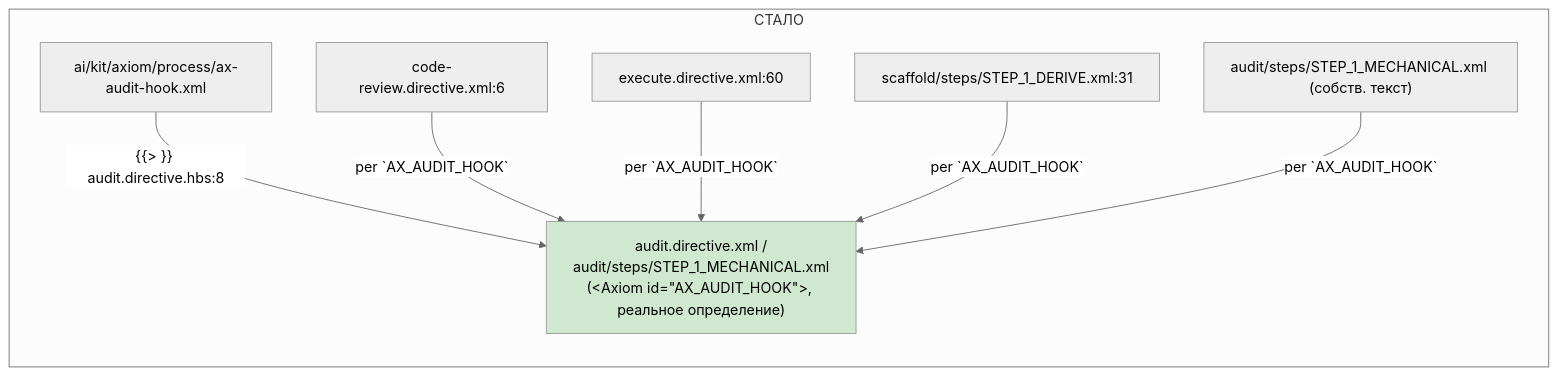
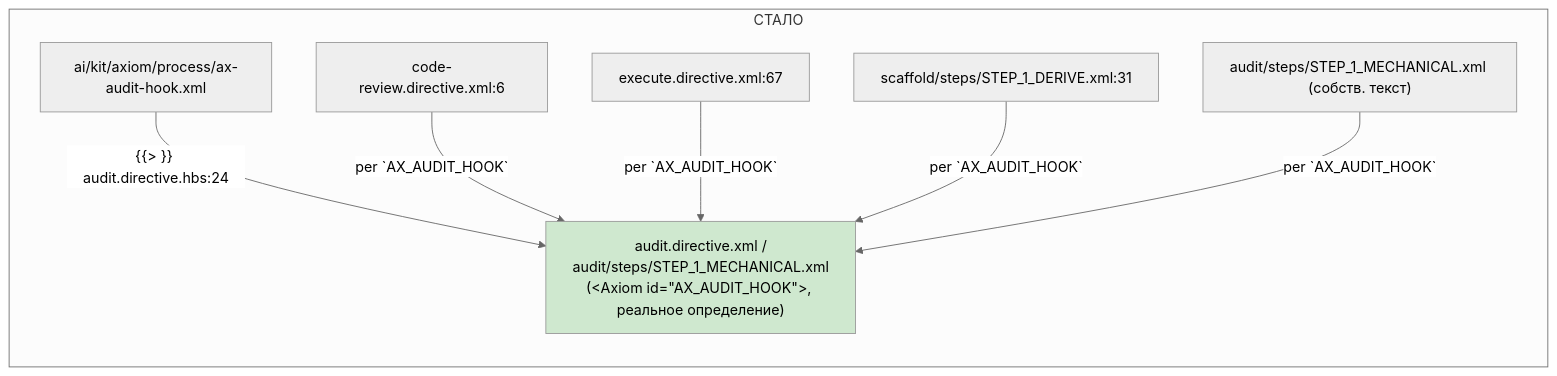
Before and after one commit to RubaXa/gennady: the second of 2 diagrams in ai/drafts/research/sdd-v1-to-v2-transfer/_raw/reports/R-T-B6-25.md, drawn with Mermaid (neutral theme). The commit also changed other lines of this file and 10 other files, not shown here.

````diff
--- a/ai/drafts/research/sdd-v1-to-v2-transfer/_raw/reports/R-T-B6-25.md
+++ b/ai/drafts/research/sdd-v1-to-v2-transfer/_raw/reports/R-T-B6-25.md
@@ -29,11 +29,11 @@
 ```mermaid
 flowchart LR
   subgraph after["СТАЛО"]
-    L1["ai/kit/axiom/process/ax-audit-hook.xml"] -->|"{{> }} audit.directive.hbs:8"| D["audit.directive.xml /<br/>audit/steps/STEP_1_MECHANICAL.xml<br/>(&lt;Axiom id=&quot;AX_AUDIT_HOOK&quot;&gt;, реальное определение)"]
+    L1["ai/kit/axiom/process/ax-audit-hook.xml"] -->|"{{> }} audit.directive.hbs:24"| D["audit.directive.xml /<br/>audit/steps/STEP_1_MECHANICAL.xml<br/>(&lt;Axiom id=&quot;AX_AUDIT_HOOK&quot;&gt;, реальное определение)"]
     C1["code-review.directive.xml:6"] -->|"per `AX_AUDIT_HOOK`"| D
-    C2["execute.directive.xml:60"] -->|"per `AX_AUDIT_HOOK`"| D
+    C2["execute.directive.xml:67"] -->|"per `AX_AUDIT_HOOK`"| D
     C3["scaffold/steps/STEP_1_DERIVE.xml:31"] -->|"per `AX_AUDIT_HOOK`"| D
     C4["audit/steps/STEP_1_MECHANICAL.xml (собств. текст)"] -->|"per `AX_AUDIT_HOOK`"| D
     style D fill:#cfe8cf
   end
 ```
````
